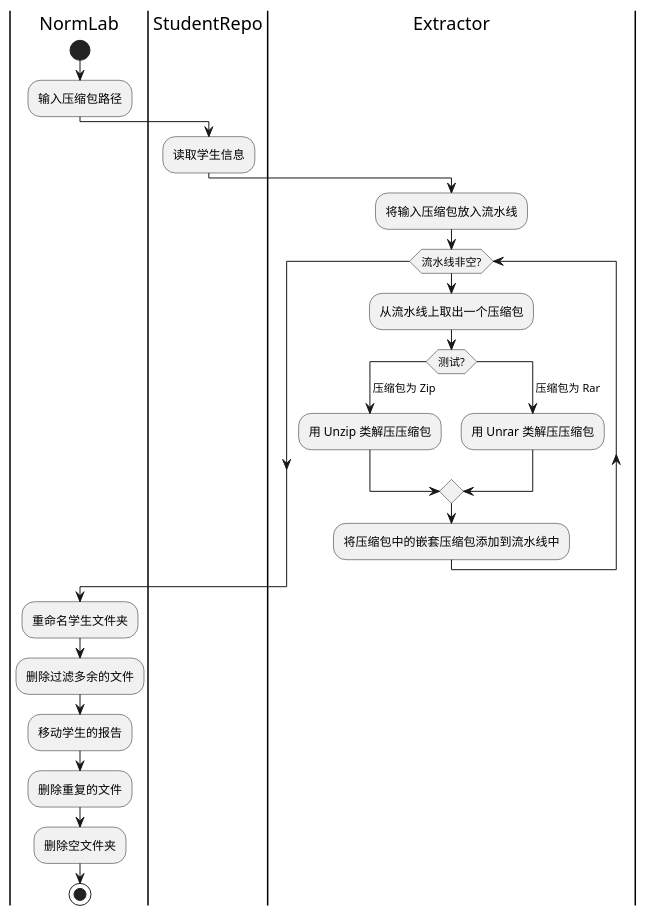
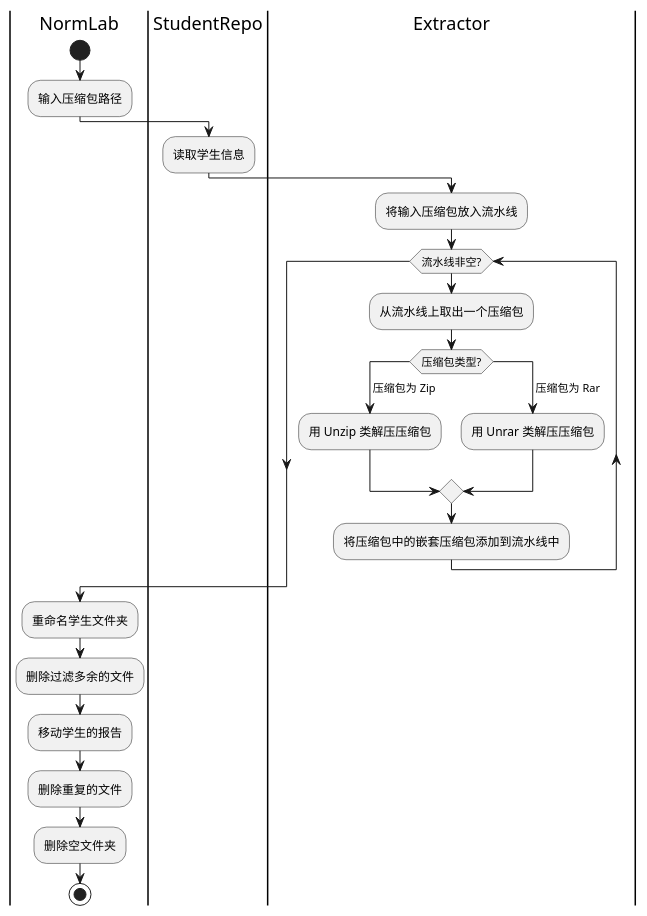
Before and after one commit to lixiao189/NormLab: the diagram in doc/activity.puml, drawn with PlantUML.

Commit message:
修复 ExtractorFactory 流程错误

```diff
--- a/doc/activity.puml
+++ b/doc/activity.puml
@@ -1,29 +1,29 @@
 @startuml
 |NormLab|
 start
 :输入压缩包路径;
 
 |StudentRepo|
 :读取学生信息;
 
 |Extractor|
 :将输入压缩包放入流水线;
 while(流水线非空?)
 :从流水线上取出一个压缩包;
-switch (测试?)
+switch (压缩包类型?)
 case ( 压缩包为 Zip )
   :用 Unzip 类解压压缩包;
 case ( 压缩包为 Rar )
   :用 Unrar 类解压压缩包;
 endswitch
 :将压缩包中的嵌套压缩包添加到流水线中;
 endwhile
 
 |NormLab|
 :重命名学生文件夹;
 :删除过滤多余的文件;
 :移动学生的报告;
 :删除重复的文件;
 :删除空文件夹;
 stop
 @enduml
```
